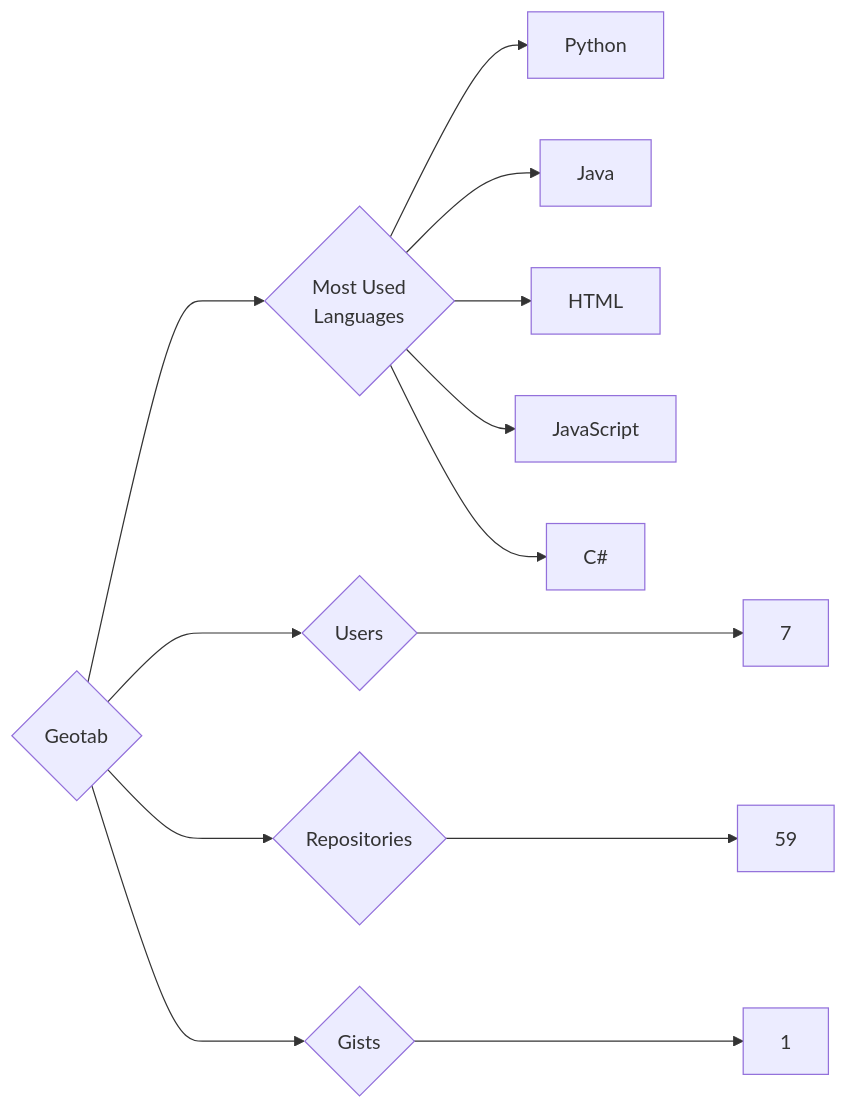
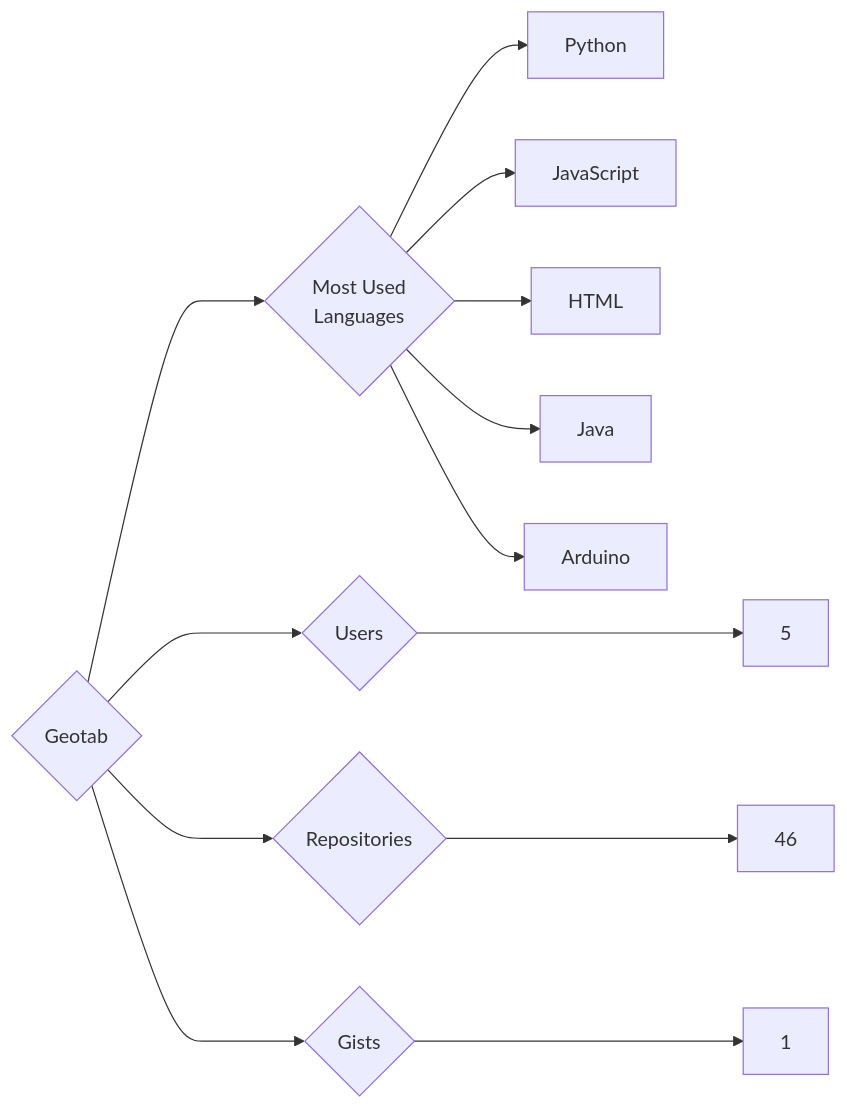
One commit to trickest/insiders changed the diagram in targets/Geotab/README.md. Above: the diagram before and after it, drawn with Mermaid. The commit also changed 988 other files, not shown here.

````diff
--- a/targets/Geotab/README.md
+++ b/targets/Geotab/README.md
@@ -3,13 +3,13 @@
 ```mermaid
 graph LR
 COMPANY_NAME{Geotab}
-COMPANY_NAME ---> U{Users} ---> UN[7]
-COMPANY_NAME ---> R{Repositories} ---> RN[59]
+COMPANY_NAME ---> U{Users} ---> UN[5]
+COMPANY_NAME ---> R{Repositories} ---> RN[46]
 COMPANY_NAME ---> G{Gists} ---> GN[1]
 COMPANY_NAME ---> ML{Most Used<br>Languages}
 ML --> Python[Python]
+ML --> JavaScript[JavaScript]
+ML --> HTML[HTML]
 ML --> Java[Java]
-ML --> HTML[HTML]
-ML --> JavaScript[JavaScript]
-ML --> C#[C#]
+ML --> Arduino[Arduino]
 ```
````
